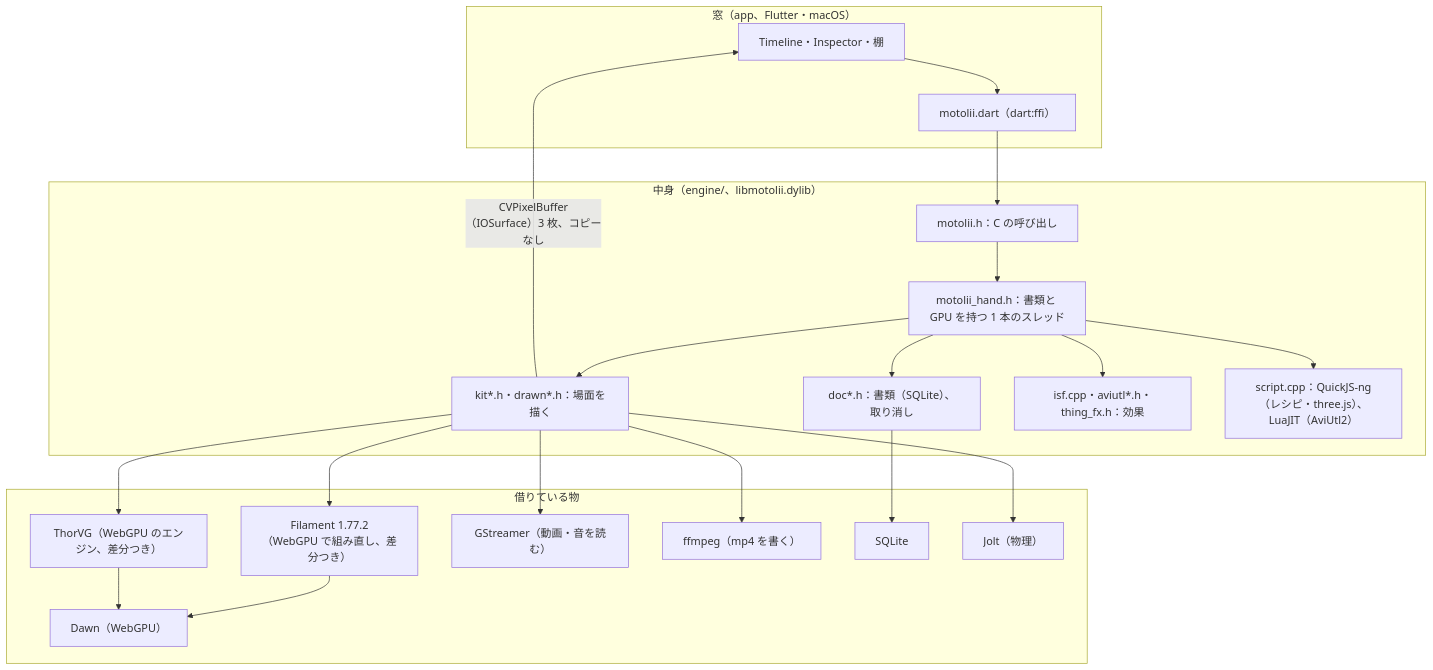
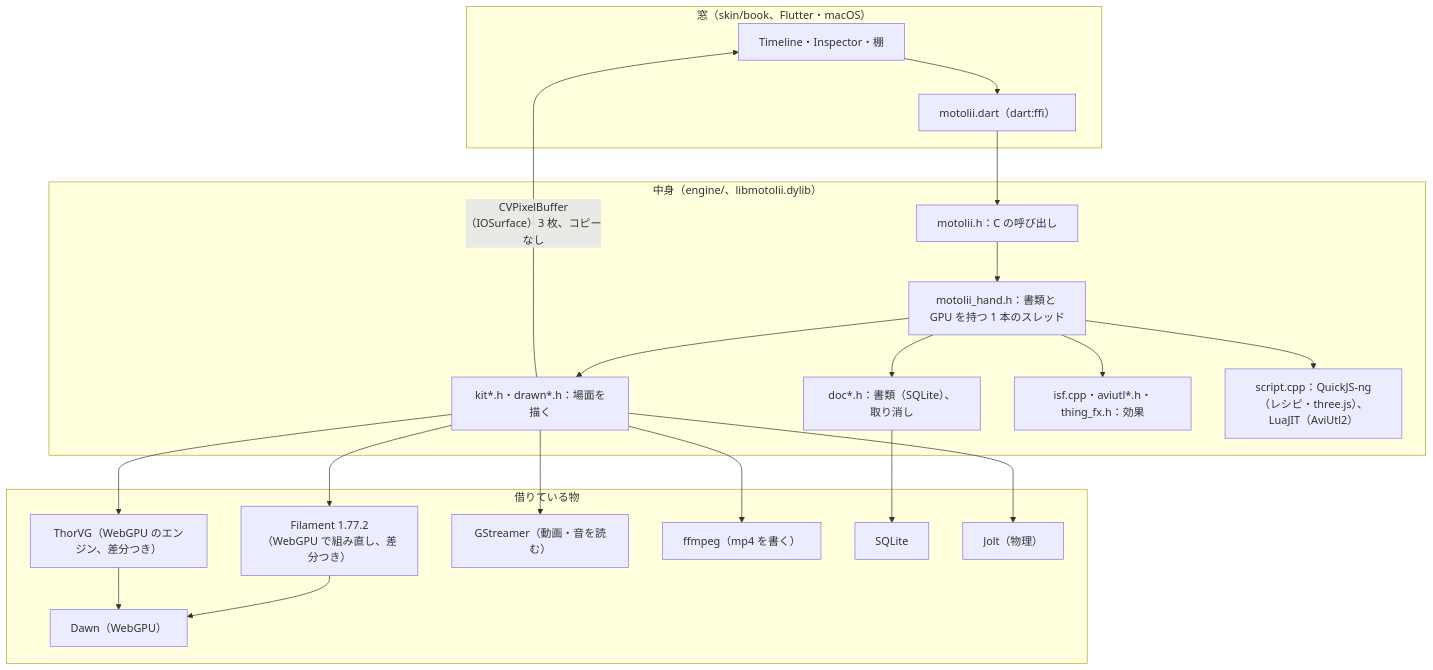
The diagram in docs/ARCHITECTURE.md (oshikaidesu/motolii), drawn with Mermaid before and after one commit. The commit also changed other lines of this file and 38 other files, not shown here.

First line of the commit message:
ルートに md が 9 本と Rust 時代の残り（old/ 22 本、thorvg/ の .rs 3 本、どこからも参照なし）と 0 バイトの書類が並び、何の倉庫か見えなかった → GitHub の作法の文書（CONTRIBUTING・CODE_OF_CONDUCT・SECURITY）は .github/ へ、作りと試験の文書（ARCHITECTURE・TESTING）は docs/ へ移してリンクを張り直し、old/ と Rust の残りは木から外した（履歴には残る：git show 7e2072efd:old/）

````diff
--- a/docs/ARCHITECTURE.md
+++ b/docs/ARCHITECTURE.md
@@ -7,34 +7,34 @@
 ```mermaid
 flowchart TB
-  subgraph Window["窓（app、Flutter・macOS）"]
+  subgraph Window["窓（skin/book、Flutter・macOS）"]
     UI["Timeline・Inspector・棚"]
     FFI["motolii.dart（dart:ffi）"]
   end
   subgraph Inside["中身（engine/、libmotolii.dylib）"]
     API["motolii.h：C の呼び出し"]
     Hand["motolii_hand.h：書類と GPU を持つ 1 本のスレッド"]
     Doc["doc*.h：書類（SQLite）、取り消し"]
     Kit["kit*.h・drawn*.h：場面を描く"]
     FX["isf.cpp・aviutl*.h・thing_fx.h：効果"]
     Script["script.cpp：QuickJS-ng（レシピ・three.js）、LuaJIT（AviUtl2）"]
   end
   subgraph Libs["借りている物"]
     Filament["Filament 1.77.2（WebGPU で組み直し、差分つき）"]
     ThorVG["ThorVG（WebGPU のエンジン、差分つき）"]
     Dawn["Dawn（WebGPU）"]
     Gst["GStreamer（動画・音を読む）"]
     FF["ffmpeg（mp4 を書く）"]
     SQLite["SQLite"]
     Jolt["Jolt（物理）"]
   end
   UI --> FFI --> API --> Hand
   Hand --> Doc --> SQLite
   Hand --> Kit --> Filament --> Dawn
   Kit --> ThorVG --> Dawn
   Hand --> FX
   Hand --> Script
   Kit --> Gst
   Kit --> FF
   Kit --> Jolt
   Kit -- "CVPixelBuffer（IOSurface）3 枚、コピーなし" --> UI
 ```
````
